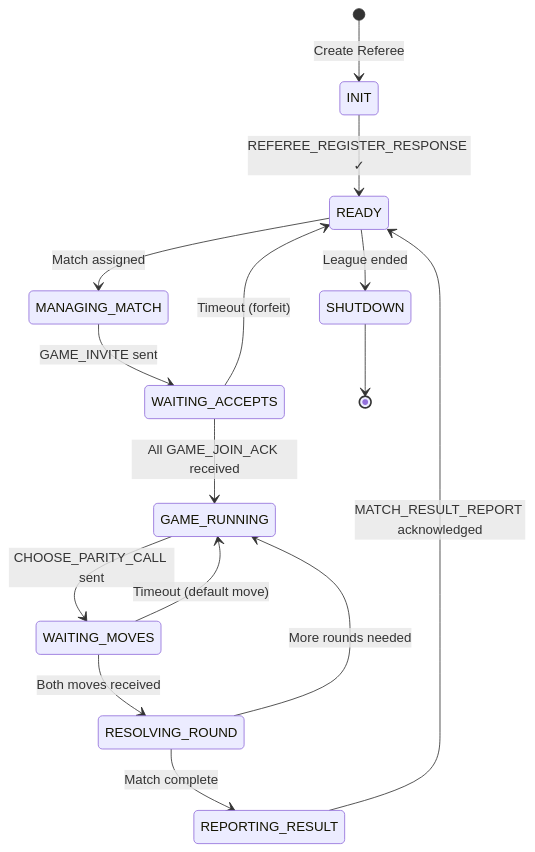
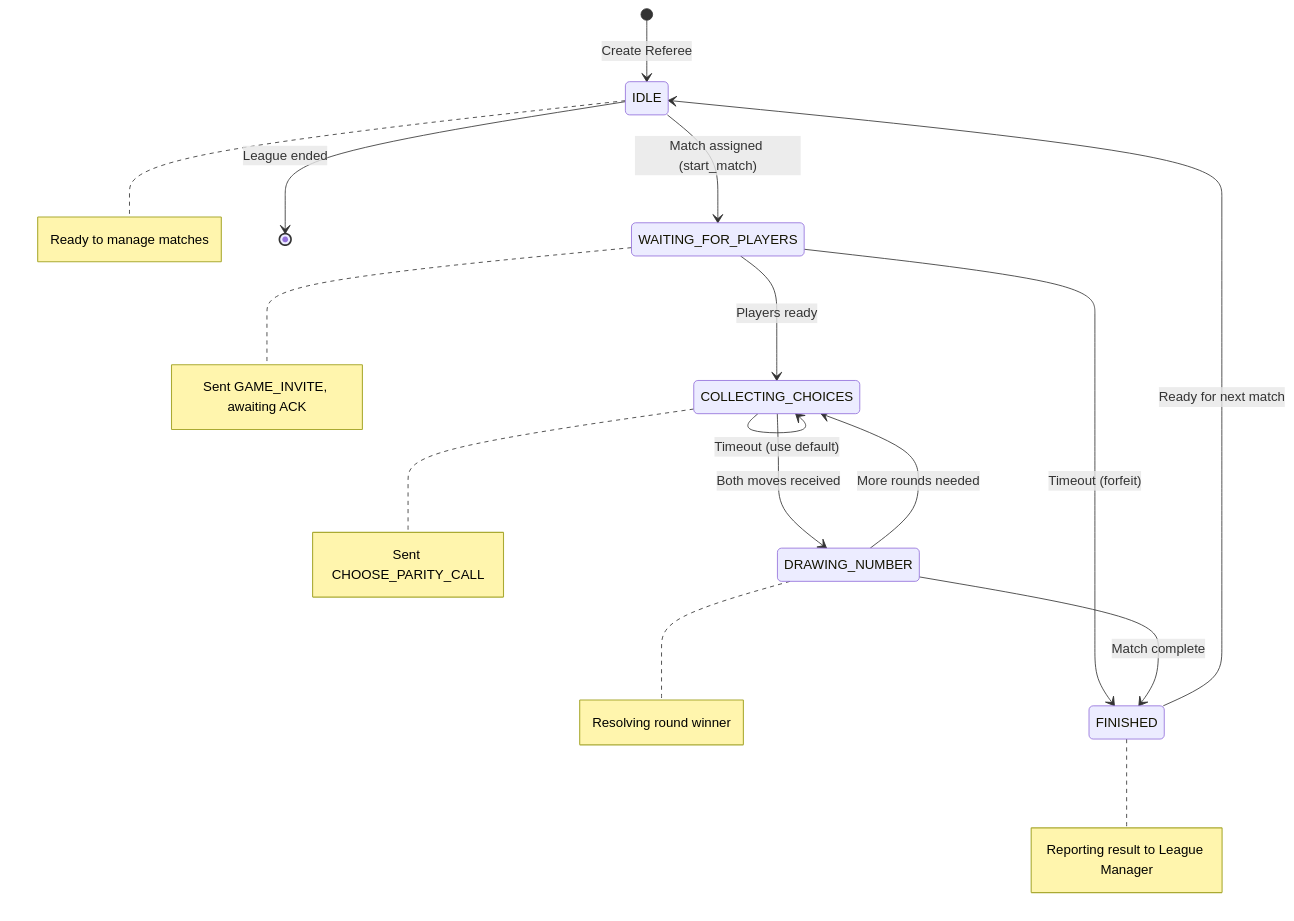
Diagram 15 of 19 in README.md (fouada/Assignment7_mcp-multi-agent-game), drawn with Mermaid before and after one commit. The commit also changed other lines of this file and 2 other files, not shown here.

````diff
--- a/README.md
+++ b/README.md
@@ -877,27 +926,25 @@
 ```mermaid
 stateDiagram-v2
-    [*] --> INIT: Create Referee
+    [*] --> IDLE: Create Referee
     
-    INIT --> READY: REFEREE_REGISTER_RESPONSE ✓
+    IDLE --> WAITING_FOR_PLAYERS: Match assigned (start_match)
     
-    READY --> MANAGING_MATCH: Match assigned
+    WAITING_FOR_PLAYERS --> COLLECTING_CHOICES: Players ready
+    WAITING_FOR_PLAYERS --> FINISHED: Timeout (forfeit)
     
-    MANAGING_MATCH --> WAITING_ACCEPTS: GAME_INVITE sent
+    COLLECTING_CHOICES --> DRAWING_NUMBER: Both moves received
+    COLLECTING_CHOICES --> COLLECTING_CHOICES: Timeout (use default)
     
-    WAITING_ACCEPTS --> GAME_RUNNING: All GAME_JOIN_ACK received
-    WAITING_ACCEPTS --> READY: Timeout (forfeit)
+    DRAWING_NUMBER --> COLLECTING_CHOICES: More rounds needed
+    DRAWING_NUMBER --> FINISHED: Match complete
     
-    GAME_RUNNING --> WAITING_MOVES: CHOOSE_PARITY_CALL sent
+    FINISHED --> IDLE: Ready for next match
     
-    WAITING_MOVES --> RESOLVING_ROUND: Both moves received
-    WAITING_MOVES --> GAME_RUNNING: Timeout (default move)
+    IDLE --> [*]: League ended
     
-    RESOLVING_ROUND --> GAME_RUNNING: More rounds needed
-    RESOLVING_ROUND --> REPORTING_RESULT: Match complete
-    
-    REPORTING_RESULT --> READY: MATCH_RESULT_REPORT acknowledged
-    
-    READY --> SHUTDOWN: League ended
-    
-    SHUTDOWN --> [*]
+    note right of IDLE: Ready to manage matches
+    note right of WAITING_FOR_PLAYERS: Sent GAME_INVITE, awaiting ACK
+    note right of COLLECTING_CHOICES: Sent CHOOSE_PARITY_CALL
+    note right of DRAWING_NUMBER: Resolving round winner
+    note right of FINISHED: Reporting result to League Manager
 ```
````
